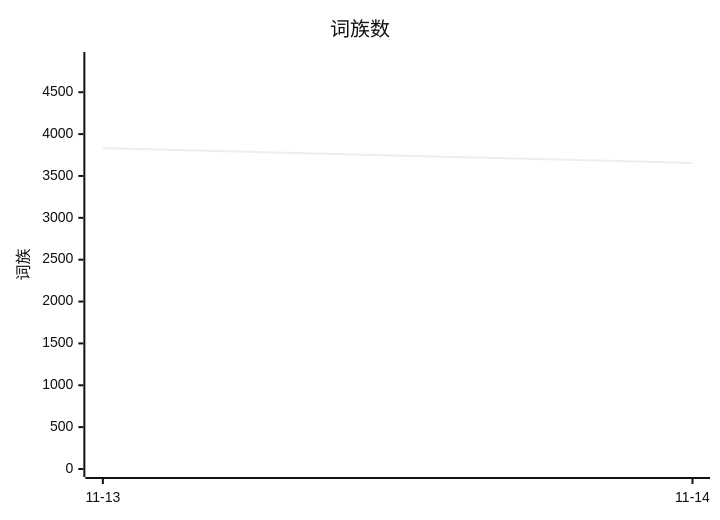
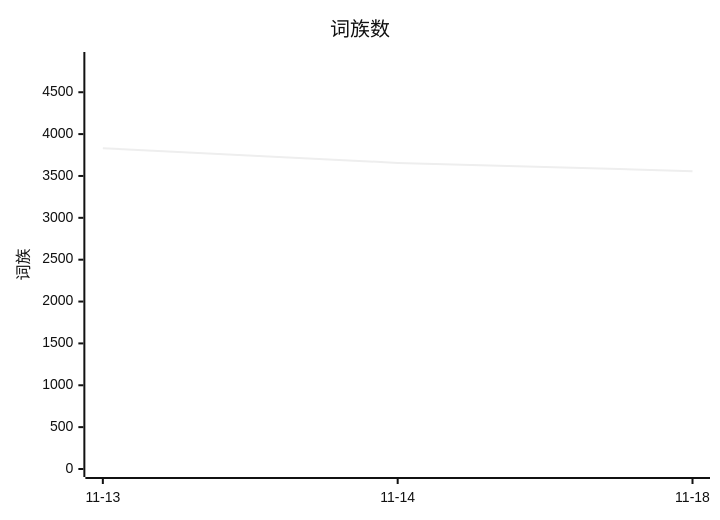
Before and after one commit to Frank-Humingtao/english-profile: the diagram in README.md, drawn with Mermaid (neutral theme). The commit also changed other lines of this file and 4 other files, not shown here.

````diff
--- a/README.md
+++ b/README.md
@@ -13,7 +13,7 @@
 ```mermaid
 xychart-beta
   title "词族数"
-  x-axis ["11-13", "11-14"]
+  x-axis ["11-13", "11-14", "11-18"]
   y-axis "词族" 0 --> 4885
-  line [3832, 3656]
+  line [3832, 3656, 3557]
 ```
````
